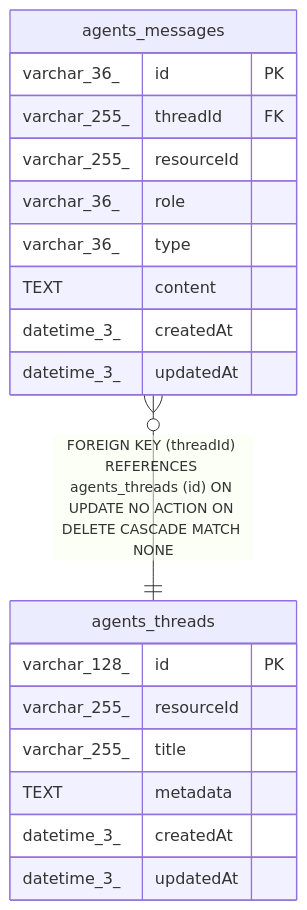
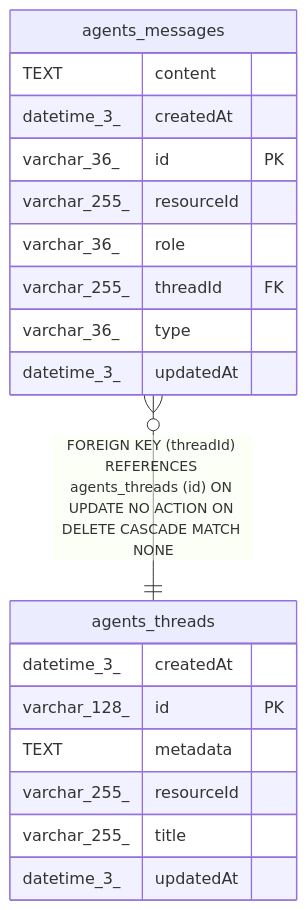
The diagram in docs/generated/sqlite-schema/agents_messages.md (mayankjain1815-commits/n8n), drawn with Mermaid before and after one commit. The commit also changed other lines of this file and 221 other files, not shown here.

Commit message:
chore(core): Make DB schema docs generation deterministic (#32373)

````diff
--- a/docs/generated/sqlite-schema/agents_messages.md
+++ b/docs/generated/sqlite-schema/agents_messages.md
@@ -45,24 +45,24 @@
 ```mermaid
 erDiagram
 
 "agents_messages" }o--|| "agents_threads" : "FOREIGN KEY (threadId) REFERENCES agents_threads (id) ON UPDATE NO ACTION ON DELETE CASCADE MATCH NONE"
 
 "agents_messages" {
+  TEXT content
+  datetime_3_ createdAt
   varchar_36_ id PK
-  varchar_255_ threadId FK
   varchar_255_ resourceId
   varchar_36_ role
+  varchar_255_ threadId FK
   varchar_36_ type
-  TEXT content
-  datetime_3_ createdAt
   datetime_3_ updatedAt
 }
 "agents_threads" {
+  datetime_3_ createdAt
   varchar_128_ id PK
+  TEXT metadata
   varchar_255_ resourceId
   varchar_255_ title
-  TEXT metadata
-  datetime_3_ createdAt
   datetime_3_ updatedAt
 }
 ```
````
